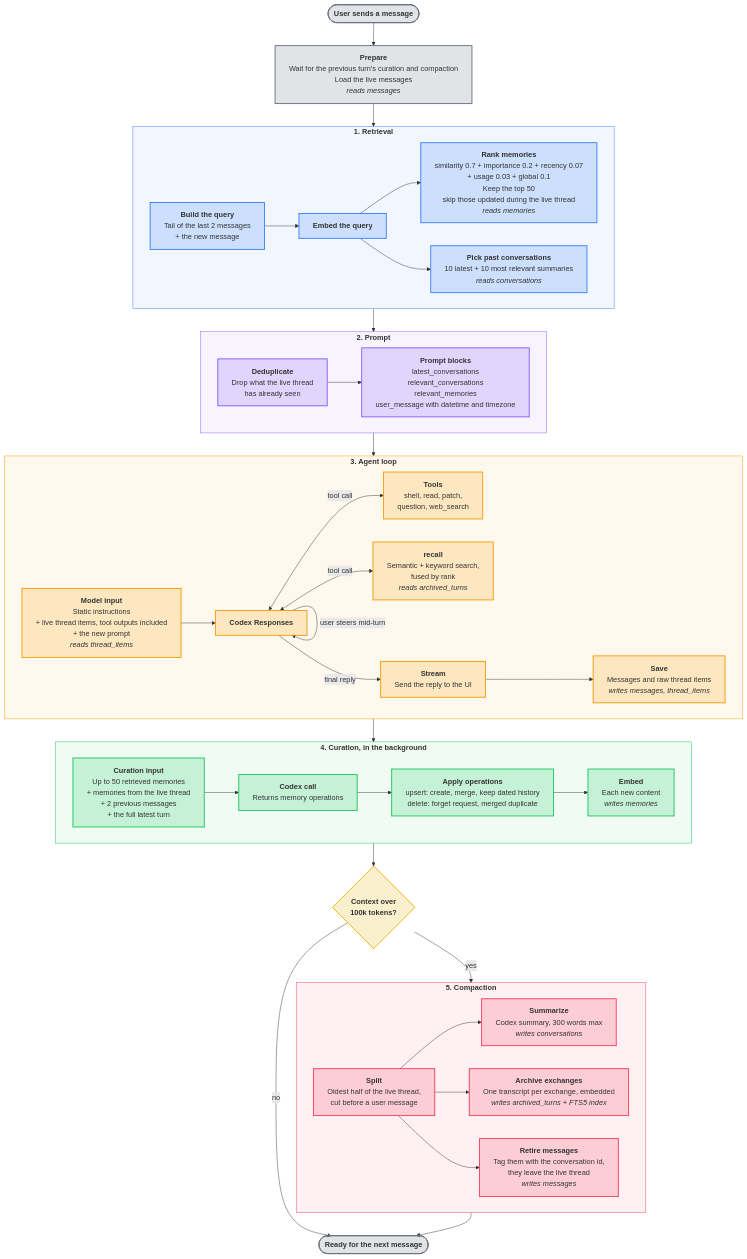
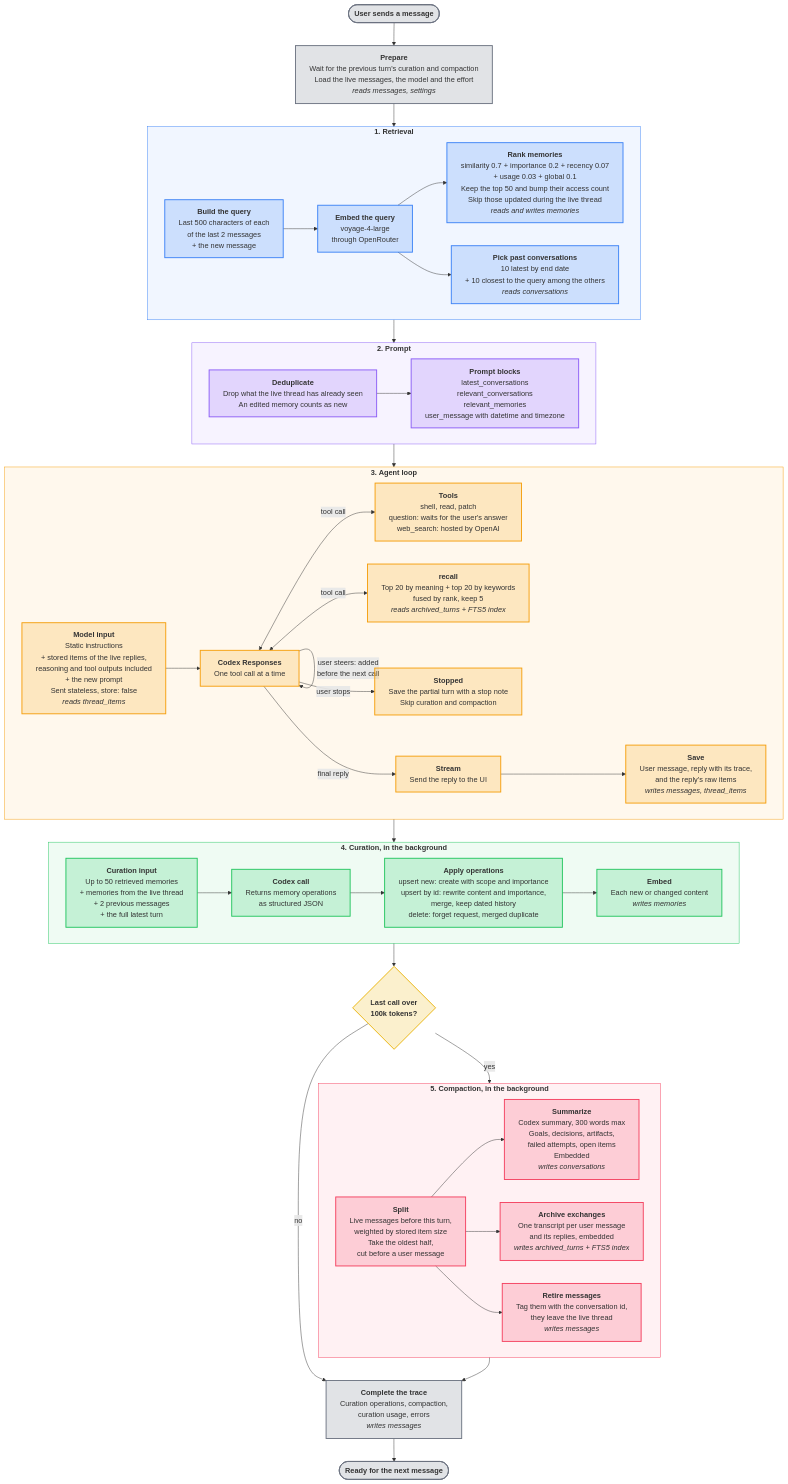
One commit to maty-millien/Memori changed the diagram in docs/ARCHITECTURE.md. Above: the diagram before and after it, drawn with Mermaid.

Commit message:
refactor(docs): update architecture details and flowchart

````diff
--- a/docs/ARCHITECTURE.md
+++ b/docs/ARCHITECTURE.md
@@ -5,80 +5,82 @@
 ```mermaid
 ---
 config:
   flowchart:
     wrappingWidth: 400
 ---
 flowchart TB
-    start(["<b>User sends a message</b>"]) --> wait["<b>Prepare</b><br/>Wait for the previous turn's curation and compaction<br/>Load the live messages<br/><i>reads messages</i>"]
+    start(["<b>User sends a message</b>"]) --> wait["<b>Prepare</b><br/>Wait for the previous turn's curation and compaction<br/>Load the live messages, the model and the effort<br/><i>reads messages, settings</i>"]
     wait --> retrieval
 
     subgraph retrieval ["<b>1. Retrieval</b>"]
         direction LR
-        query["<b>Build the query</b><br/>Tail of the last 2 messages<br/>+ the new message"] --> embedQuery["<b>Embed the query</b>"]
-        embedQuery --> rankMemories["<b>Rank memories</b><br/>similarity 0.7 + importance 0.2 + recency 0.07<br/>+ usage 0.03 + global 0.1<br/>Keep the top 50<br/>skip those updated during the live thread<br/><i>reads memories</i>"]
-        embedQuery --> pickConversations["<b>Pick past conversations</b><br/>10 latest + 10 most relevant summaries<br/><i>reads conversations</i>"]
+        query["<b>Build the query</b><br/>Last 500 characters of each<br/>of the last 2 messages<br/>+ the new message"] --> embedQuery["<b>Embed the query</b><br/>voyage-4-large<br/>through OpenRouter"]
+        embedQuery --> rankMemories["<b>Rank memories</b><br/>similarity 0.7 + importance 0.2 + recency 0.07<br/>+ usage 0.03 + global 0.1<br/>Keep the top 50 and bump their access count<br/>Skip those updated during the live thread<br/><i>reads and writes memories</i>"]
+        embedQuery --> pickConversations["<b>Pick past conversations</b><br/>10 latest by end date<br/>+ 10 closest to the query among the others<br/><i>reads conversations</i>"]
     end
 
     retrieval --> prompt
 
     subgraph prompt ["<b>2. Prompt</b>"]
         direction LR
-        dedup["<b>Deduplicate</b><br/>Drop what the live thread<br/>has already seen"] --> blocks["<b>Prompt blocks</b><br/>latest_conversations<br/>relevant_conversations<br/>relevant_memories<br/>user_message with datetime and timezone"]
+        dedup["<b>Deduplicate</b><br/>Drop what the live thread has already seen<br/>An edited memory counts as new"] --> blocks["<b>Prompt blocks</b><br/>latest_conversations<br/>relevant_conversations<br/>relevant_memories<br/>user_message with datetime and timezone"]
     end
 
     prompt --> agent
 
     subgraph agent ["<b>3. Agent loop</b>"]
         direction LR
-        input["<b>Model input</b><br/>Static instructions<br/>+ live thread items, tool outputs included<br/>+ the new prompt<br/><i>reads thread_items</i>"] --> codex["<b>Codex Responses</b>"]
-        codex <-->|tool call| tools["<b>Tools</b><br/>shell, read, patch,<br/>question, web_search"]
-        codex <-->|tool call| recall["<b>recall</b><br/>Semantic + keyword search,<br/>fused by rank<br/><i>reads archived_turns</i>"]
-        codex -->|user steers mid-turn| codex
+        input["<b>Model input</b><br/>Static instructions<br/>+ stored items of the live replies,<br/>reasoning and tool outputs included<br/>+ the new prompt<br/>Sent stateless, store: false<br/><i>reads thread_items</i>"] --> codex["<b>Codex Responses</b><br/>One tool call at a time"]
+        codex <-->|tool call| tools["<b>Tools</b><br/>shell, read, patch<br/>question: waits for the user's answer<br/>web_search: hosted by OpenAI"]
+        codex <-->|tool call| recall["<b>recall</b><br/>Top 20 by meaning + top 20 by keywords<br/>fused by rank, keep 5<br/><i>reads archived_turns + FTS5 index</i>"]
+        codex -->|user steers: added<br/>before the next call| codex
+        codex -->|user stops| stopped["<b>Stopped</b><br/>Save the partial turn with a stop note<br/>Skip curation and compaction"]
         codex -->|final reply| stream["<b>Stream</b><br/>Send the reply to the UI"]
-        stream --> save["<b>Save</b><br/>Messages and raw thread items<br/><i>writes messages, thread_items</i>"]
+        stream --> save["<b>Save</b><br/>User message, reply with its trace,<br/>and the reply's raw items<br/><i>writes messages, thread_items</i>"]
     end
 
     agent --> curation
 
     subgraph curation ["<b>4. Curation, in the background</b>"]
         direction LR
-        curationInput["<b>Curation input</b><br/>Up to 50 retrieved memories<br/>+ memories from the live thread<br/>+ 2 previous messages<br/>+ the full latest turn"] --> curationCall["<b>Codex call</b><br/>Returns memory operations"]
-        curationCall --> operations["<b>Apply operations</b><br/>upsert: create, merge, keep dated history<br/>delete: forget request, merged duplicate"]
-        operations --> embedMemory["<b>Embed</b><br/>Each new content<br/><i>writes memories</i>"]
+        curationInput["<b>Curation input</b><br/>Up to 50 retrieved memories<br/>+ memories from the live thread<br/>+ 2 previous messages<br/>+ the full latest turn"] --> curationCall["<b>Codex call</b><br/>Returns memory operations<br/>as structured JSON"]
+        curationCall --> operations["<b>Apply operations</b><br/>upsert new: create with scope and importance<br/>upsert by id: rewrite content and importance,<br/>merge, keep dated history<br/>delete: forget request, merged duplicate"]
+        operations --> embedMemory["<b>Embed</b><br/>Each new or changed content<br/><i>writes memories</i>"]
     end
 
-    curation --> overflow{"<b>Context over<br/>100k tokens?</b>"}
-    overflow -->|no| next(["<b>Ready for the next message</b>"])
+    curation --> overflow{"<b>Last call over<br/>100k tokens?</b>"}
+    overflow -->|no| trace
     overflow -->|yes| compaction
 
-    subgraph compaction ["<b>5. Compaction</b>"]
+    subgraph compaction ["<b>5. Compaction, in the background</b>"]
         direction LR
-        oldest["<b>Split</b><br/>Oldest half of the live thread,<br/>cut before a user message"] --> summarize["<b>Summarize</b><br/>Codex summary, 300 words max<br/><i>writes conversations</i>"]
-        oldest --> turns["<b>Archive exchanges</b><br/>One transcript per exchange, embedded<br/><i>writes archived_turns + FTS5 index</i>"]
+        oldest["<b>Split</b><br/>Live messages before this turn,<br/>weighted by stored item size<br/>Take the oldest half,<br/>cut before a user message"] --> summarize["<b>Summarize</b><br/>Codex summary, 300 words max<br/>Goals, decisions, artifacts,<br/>failed attempts, open items<br/>Embedded<br/><i>writes conversations</i>"]
+        oldest --> turns["<b>Archive exchanges</b><br/>One transcript per user message<br/>and its replies, embedded<br/><i>writes archived_turns + FTS5 index</i>"]
         oldest --> assign["<b>Retire messages</b><br/>Tag them with the conversation id,<br/>they leave the live thread<br/><i>writes messages</i>"]
     end
 
-    compaction --> next
+    compaction --> trace["<b>Complete the trace</b><br/>Curation operations, compaction,<br/>curation usage, errors<br/><i>writes messages</i>"]
+    trace --> next(["<b>Ready for the next message</b>"])
 
     classDef endpoint fill:#6b728033,stroke:#6b7280,stroke-width:2px
     classDef retrievalNode fill:#3b82f633,stroke:#3b82f6,stroke-width:2px
     classDef promptNode fill:#8b5cf633,stroke:#8b5cf6,stroke-width:2px
     classDef agentNode fill:#f59e0b33,stroke:#f59e0b,stroke-width:2px
     classDef curationNode fill:#22c55e33,stroke:#22c55e,stroke-width:2px
     classDef compactionNode fill:#f43f5e33,stroke:#f43f5e,stroke-width:2px
     classDef decision fill:#eab30833,stroke:#eab308,stroke-width:2px
 
-    class start,wait,next endpoint
+    class start,wait,trace,next endpoint
     class query,embedQuery,rankMemories,pickConversations retrievalNode
     class dedup,blocks promptNode
-    class input,codex,tools,recall,stream,save agentNode
+    class input,codex,tools,recall,stopped,stream,save agentNode
     class curationInput,curationCall,operations,embedMemory curationNode
     class oldest,summarize,turns,assign compactionNode
     class overflow decision
 
     style retrieval fill:#3b82f612,stroke:#3b82f6
     style prompt fill:#8b5cf612,stroke:#8b5cf6
     style agent fill:#f59e0b12,stroke:#f59e0b
     style curation fill:#22c55e12,stroke:#22c55e
     style compaction fill:#f43f5e12,stroke:#f43f5e
 ```
````
